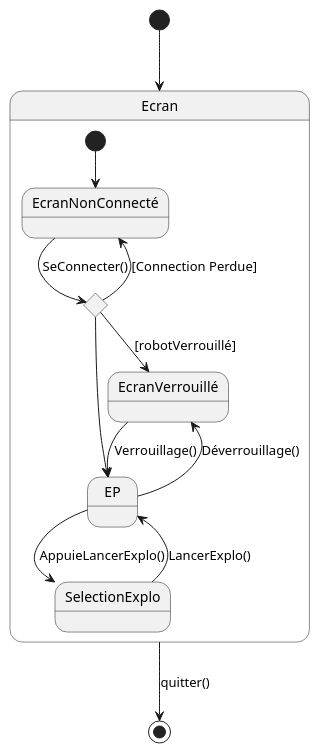
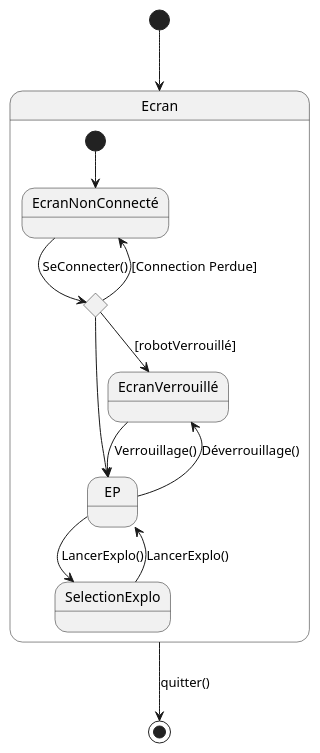
Before and after one commit to Larson-09/PATO_Project: the diagram in Diagrammes UML/3.1.3 - Les écrans/3.1.3 - Diagramme IHM.puml, drawn with PlantUML.

Commit message:
Diagramme IHM V1 FR/EN

```diff
--- a/Diagrammes UML/3.1.3 - Les écrans/3.1.3 - Diagramme IHM.puml
+++ b/Diagrammes UML/3.1.3 - Les écrans/3.1.3 - Diagramme IHM.puml
@@ -1,25 +1,25 @@
 @startuml
 [*] --> Ecran
 state Ecran {
     state "EcranNonConnecté" as EcranNonConnecté
     state "EP" as EP
     state "EcranVerrouillé" as EcranVerrouillé
     state "SelectionExplo" as SelectionExplo
 
     state c <<choice>>
 
     [*] --> EcranNonConnecté
     EcranNonConnecté --> c : SeConnecter()
 
     c --> EcranNonConnecté : [Connection Perdue]
     c --> EP
     c --> EcranVerrouillé : [robotVerrouillé]
     EcranVerrouillé --> EP: Verrouillage()
    EP --> EcranVerrouillé :Déverrouillage()
-    EP --> SelectionExplo : AppuieLancerExplo()
+    EP --> SelectionExplo : LancerExplo()
     SelectionExplo --> EP : LancerExplo()
 }
 
 Ecran --> [*] : quitter()
 
 @enduml
```
